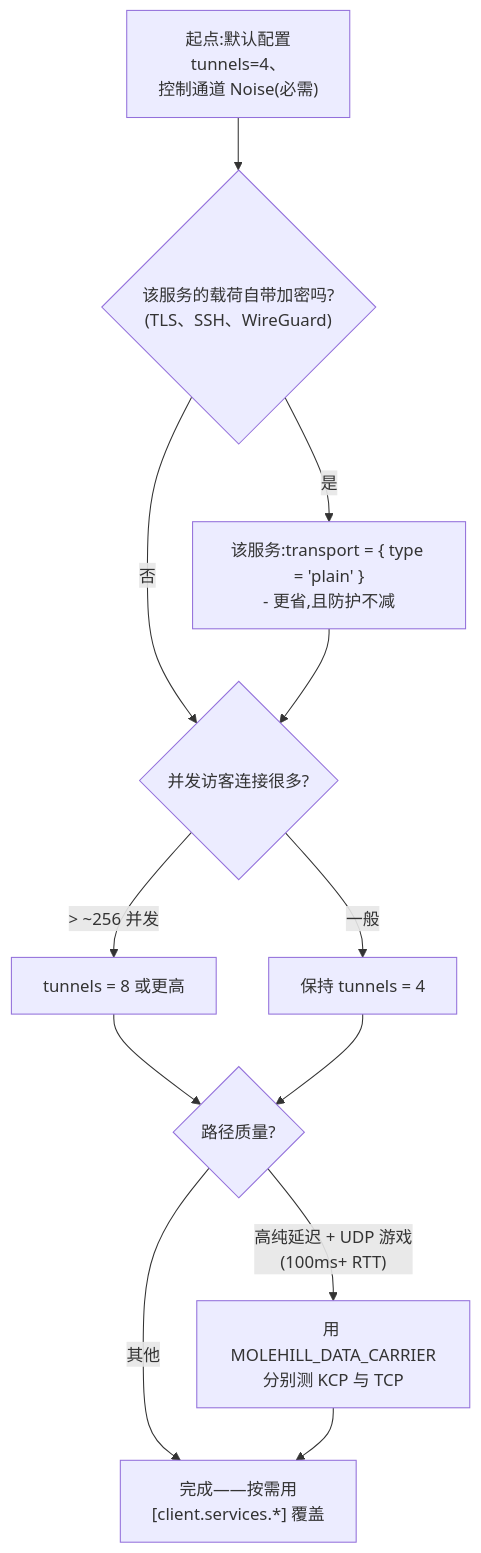
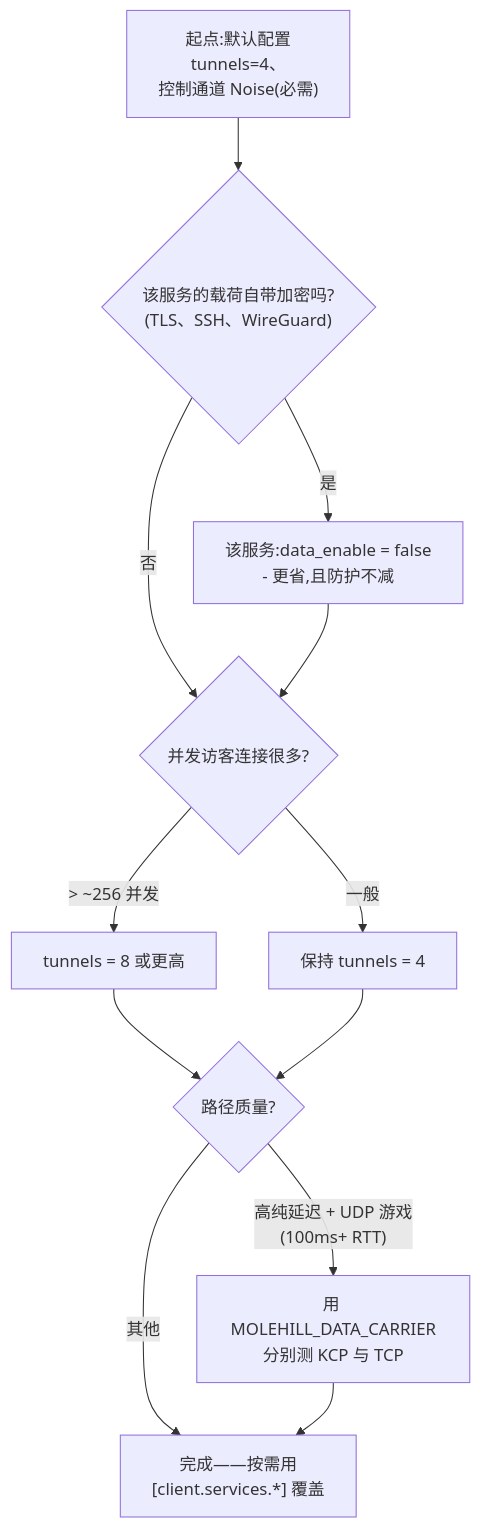
The diagram in docs/configuration.zh.md (NIyueeE/molehill), drawn with Mermaid before and after one commit. The commit also changed other lines of this file and 91 other files, not shown here.

````diff
--- a/docs/configuration.zh.md
+++ b/docs/configuration.zh.md
@@ -178,14 +203,14 @@
 ```mermaid
 flowchart TD
     A["起点:默认配置<br/>tunnels=4、<br/>控制通道 Noise(必需)"] --> B{"该服务的载荷自带加密吗?<br/>(TLS、SSH、WireGuard)"}
-    B -- 是 --> C["该服务:transport = { type = 'plain' }<br/>- 更省,且防护不减"]
+    B -- 是 --> C["该服务:data_enable = false<br/>- 更省,且防护不减"]
     B -- 否 --> D{"并发访客连接很多?"}
     C --> D
     D -- "> ~256 并发" --> G["tunnels = 8 或更高"]
     D -- 一般 --> H["保持 tunnels = 4"]
     G --> I{"路径质量?"}
     H --> I
     I -- "高纯延迟 + UDP 游戏<br/>(100ms+ RTT)" --> J["用 MOLEHILL_DATA_CARRIER<br/>分别测 KCP 与 TCP"]
     I -- 其他 --> Z["完成——按需用<br/>[client.services.*] 覆盖"]
     J --> Z
 ```
````
